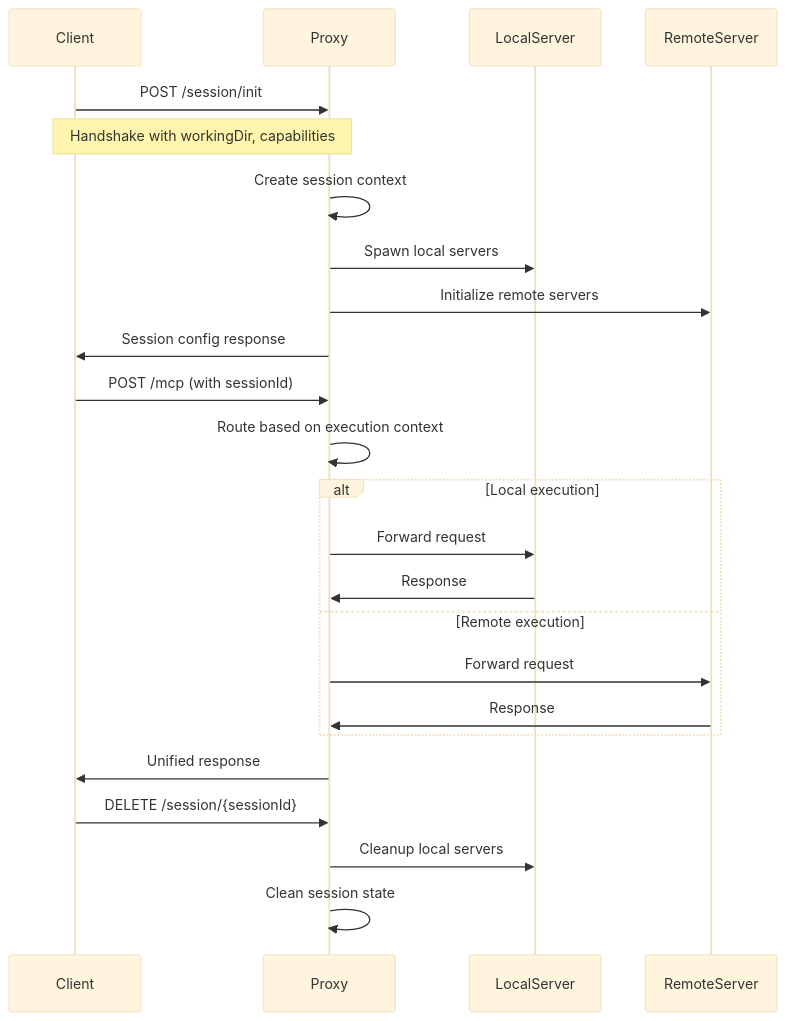
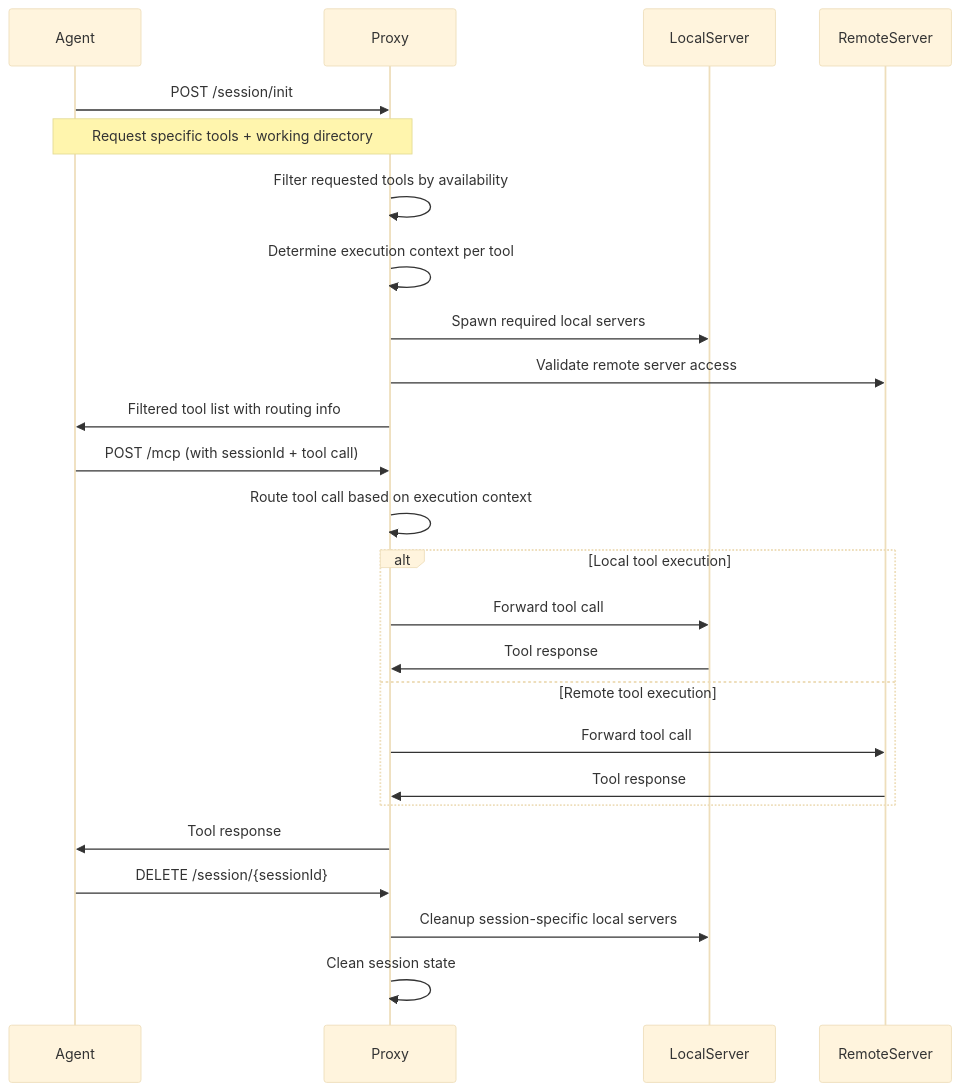
One commit to 5dlabs/toolman changed the first of 2 diagrams in docs/session-based-architecture.md. Above: the diagram before and after it, drawn with Mermaid (base theme). The commit also changed other lines of this file, not shown here.

First line of the commit message:
docs: Update architecture to Global + Local Server Model

````diff
--- a/docs/session-based-architecture.md
+++ b/docs/session-based-architecture.md
@@ -29,29 +37,30 @@
 ```mermaid
 sequenceDiagram
-    participant Client
+    participant Agent
     participant Proxy
     participant LocalServer
     participant RemoteServer
 
-    Client->>Proxy: POST /session/init
-    Note over Client,Proxy: Handshake with workingDir, capabilities
-    Proxy->>Proxy: Create session context
-    Proxy->>LocalServer: Spawn local servers
-    Proxy->>RemoteServer: Initialize remote servers
-    Proxy->>Client: Session config response
+    Agent->>Proxy: POST /session/init
+    Note over Agent,Proxy: Request specific tools + working directory
+    Proxy->>Proxy: Filter requested tools by availability
+    Proxy->>Proxy: Determine execution context per tool
+    Proxy->>LocalServer: Spawn required local servers
+    Proxy->>RemoteServer: Validate remote server access
+    Proxy->>Agent: Filtered tool list with routing info
 
-    Client->>Proxy: POST /mcp (with sessionId)
-    Proxy->>Proxy: Route based on execution context
-    alt Local execution
-        Proxy->>LocalServer: Forward request
-        LocalServer->>Proxy: Response
-    else Remote execution
-        Proxy->>RemoteServer: Forward request
-        RemoteServer->>Proxy: Response
+    Agent->>Proxy: POST /mcp (with sessionId + tool call)
+    Proxy->>Proxy: Route tool call based on execution context
+    alt Local tool execution
+        Proxy->>LocalServer: Forward tool call
+        LocalServer->>Proxy: Tool response
+    else Remote tool execution
+        Proxy->>RemoteServer: Forward tool call
+        RemoteServer->>Proxy: Tool response
     end
-    Proxy->>Client: Unified response
+    Proxy->>Agent: Tool response
 
-    Client->>Proxy: DELETE /session/{sessionId}
-    Proxy->>LocalServer: Cleanup local servers
+    Agent->>Proxy: DELETE /session/{sessionId}
+    Proxy->>LocalServer: Cleanup session-specific local servers
     Proxy->>Proxy: Clean session state
 ```
````
